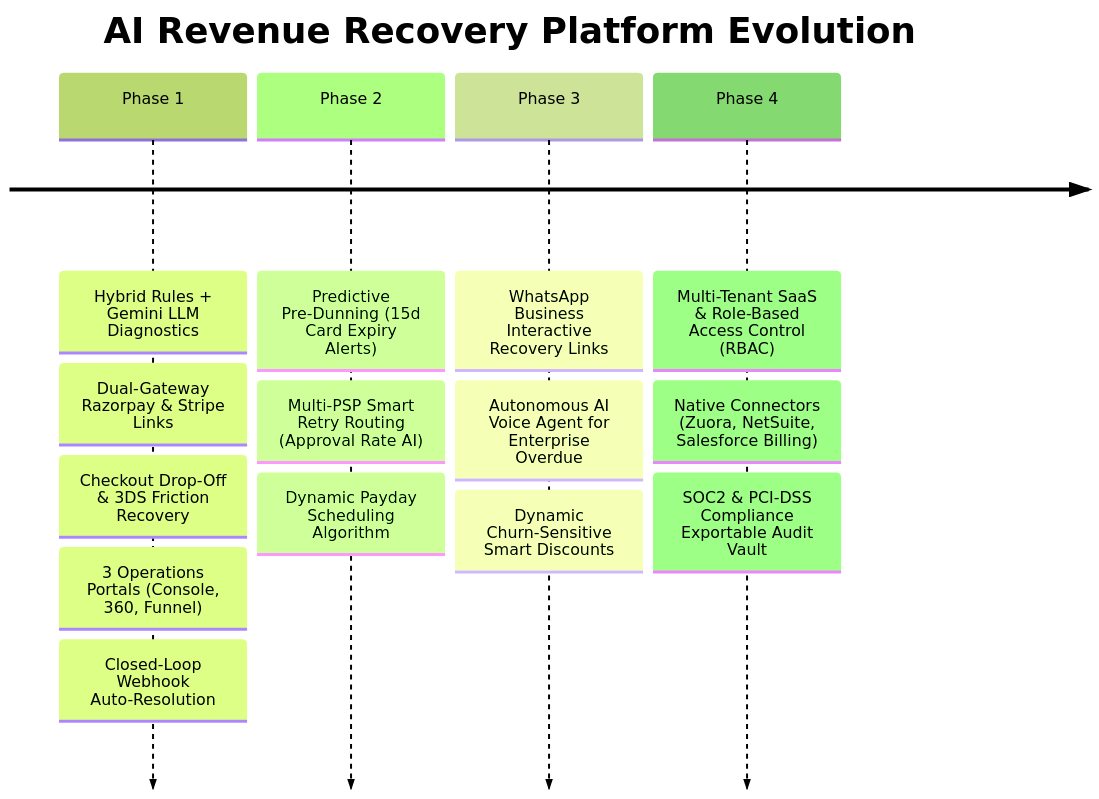
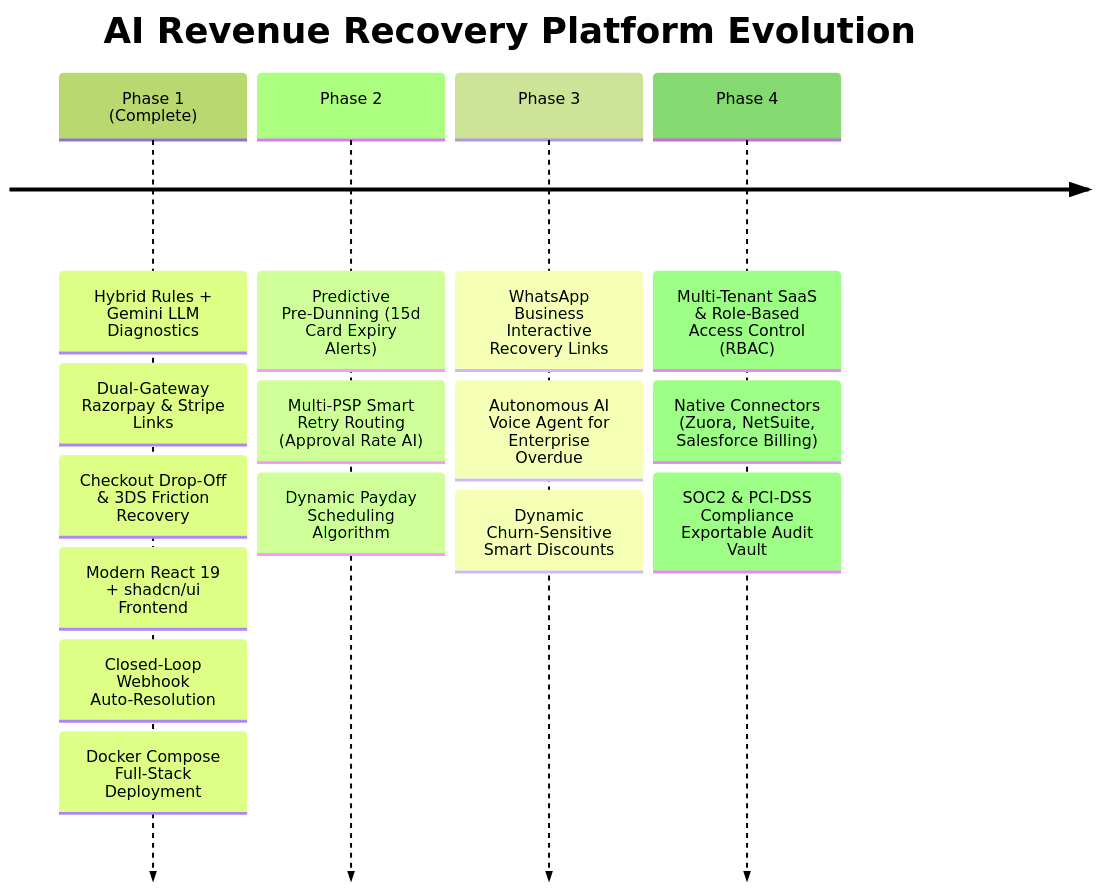
Before and after one commit to awejofficial/ai-revenue-v1: the second of 2 diagrams in README.md, drawn with Mermaid (forest theme). The commit also changed other lines of this file and 16 other files, not shown here.

Commit message:
feat: implement dashboard operations console with real-time telemetry, case management, and simulation controls

````diff
--- a/README.md
+++ b/README.md
@@ -374,18 +487,19 @@
 ```mermaid
 timeline
     title AI Revenue Recovery Platform Evolution
-    Phase 1 : Hybrid Rules + Gemini LLM Diagnostics
+    Phase 1 (Complete) : Hybrid Rules + Gemini LLM Diagnostics
             : Dual-Gateway Razorpay & Stripe Links
             : Checkout Drop-Off & 3DS Friction Recovery
-            : 3 Operations Portals (Console, 360, Funnel)
+            : Modern React 19 + shadcn/ui Frontend
             : Closed-Loop Webhook Auto-Resolution
+            : Docker Compose Full-Stack Deployment
     Phase 2 : Predictive Pre-Dunning (15d Card Expiry Alerts)
             : Multi-PSP Smart Retry Routing (Approval Rate AI)
             : Dynamic Payday Scheduling Algorithm
     Phase 3 : WhatsApp Business Interactive Recovery Links
             : Autonomous AI Voice Agent for Enterprise Overdue
             : Dynamic Churn-Sensitive Smart Discounts
     Phase 4 : Multi-Tenant SaaS & Role-Based Access Control (RBAC)
             : Native Connectors (Zuora, NetSuite, Salesforce Billing)
             : SOC2 & PCI-DSS Compliance Exportable Audit Vault
 ```
````
